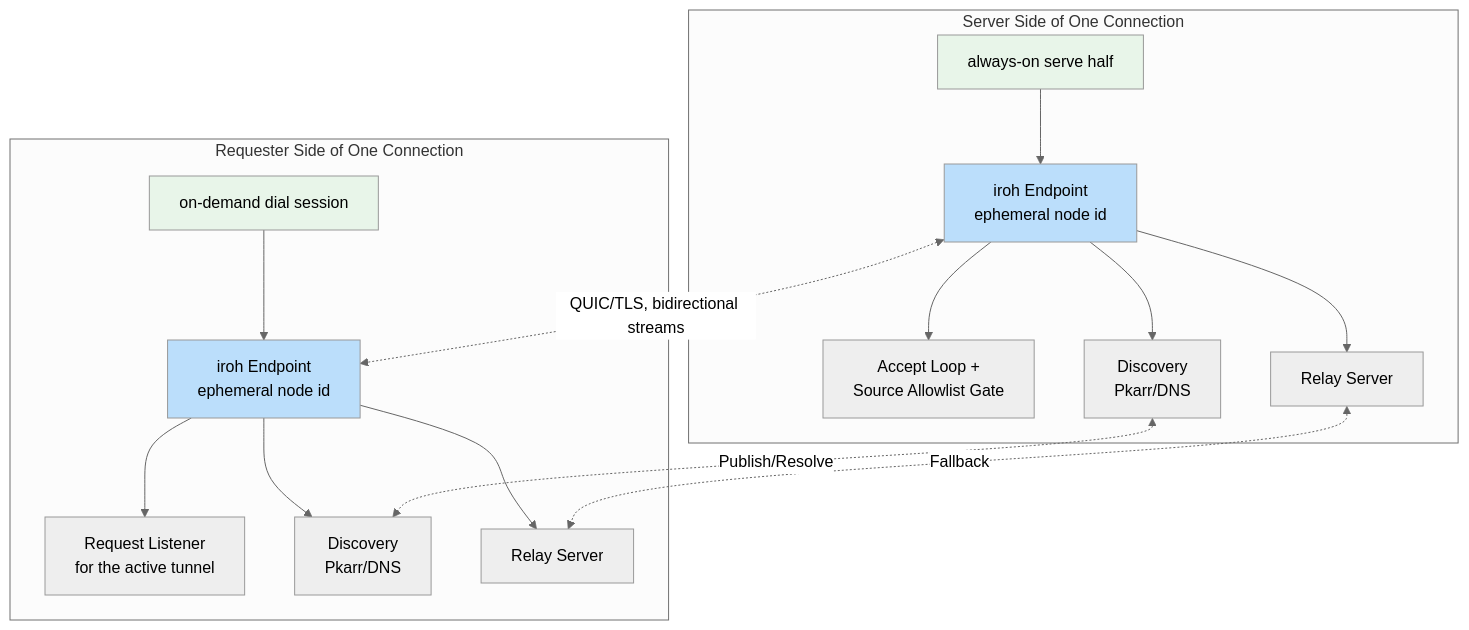
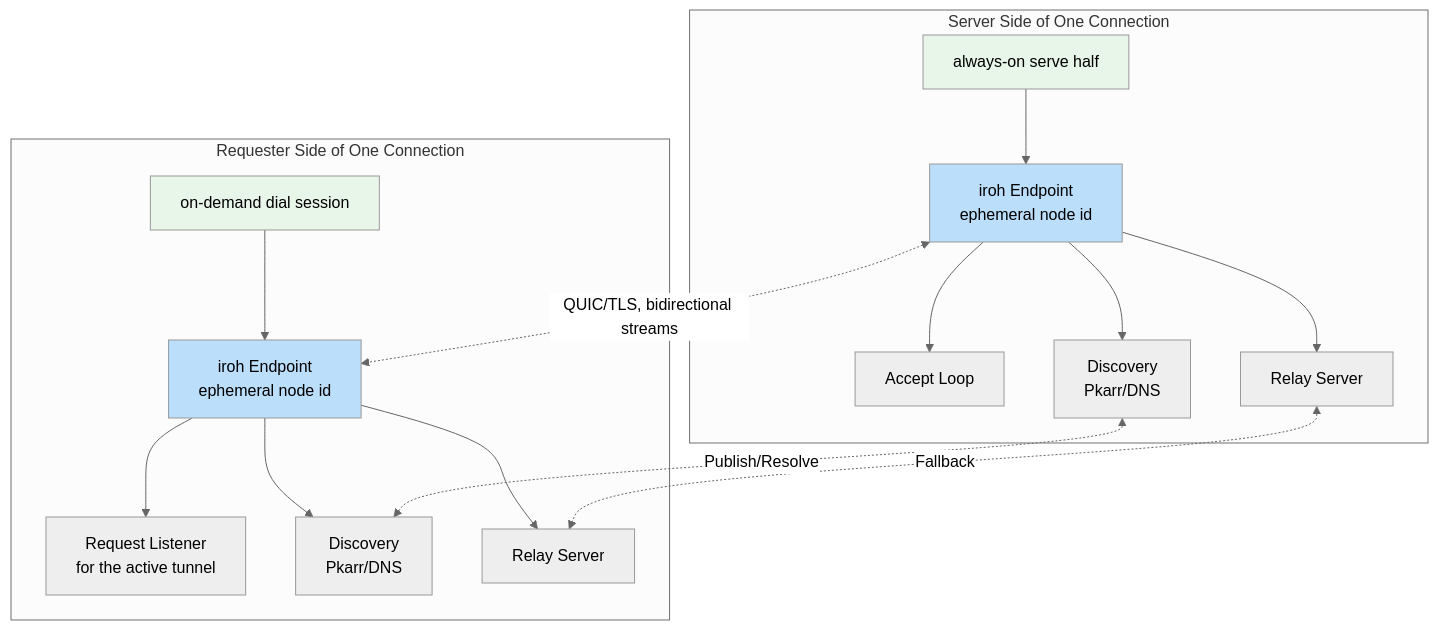
The fifth of 21 diagrams in docs/ARCHITECTURE.md (andrewtheguy/duopipe), drawn with Mermaid (neutral theme) before and after one commit. The commit also changed other lines of this file and 12 other files, not shown here.

````diff
--- a/docs/ARCHITECTURE.md
+++ b/docs/ARCHITECTURE.md
@@ -163,37 +162,37 @@
 ```mermaid
 graph TB
     subgraph "Server Side of One Connection"
         A[always-on serve half]
         B[iroh Endpoint<br/>ephemeral node id]
-        C[Accept Loop +<br/>Source Allowlist Gate]
+        C[Accept Loop]
         D[Discovery<br/>Pkarr/DNS]
         E[Relay Server]
     end
 
     subgraph "Requester Side of One Connection"
         F[on-demand dial session]
         G[iroh Endpoint<br/>ephemeral node id]
         H[Request Listener<br/>for the active tunnel]
         I[Discovery<br/>Pkarr/DNS]
         J[Relay Server]
     end
 
     A --> B
     B --> C
     B --> D
     B --> E
 
     F --> G
     G --> H
     G --> I
     G --> J
 
     B <-.QUIC/TLS, bidirectional streams.-> G
     D <-.Publish/Resolve.-> I
     E <-.Fallback.-> J
 
     style A fill:#E8F5E9
     style F fill:#E8F5E9
     style B fill:#BBDEFB
     style G fill:#BBDEFB
 ```
````
